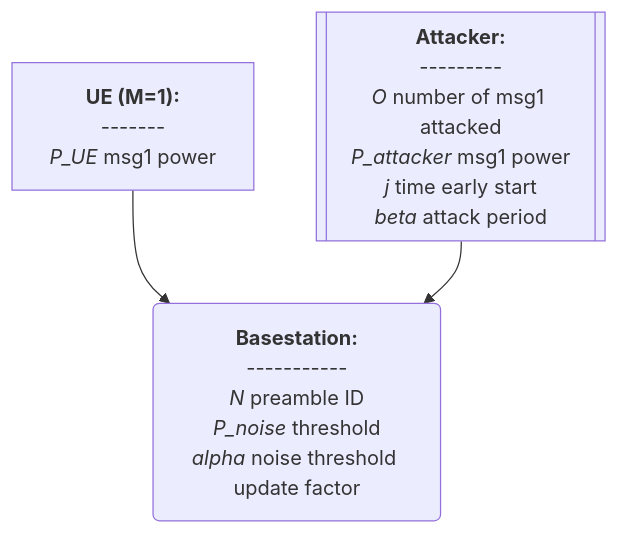
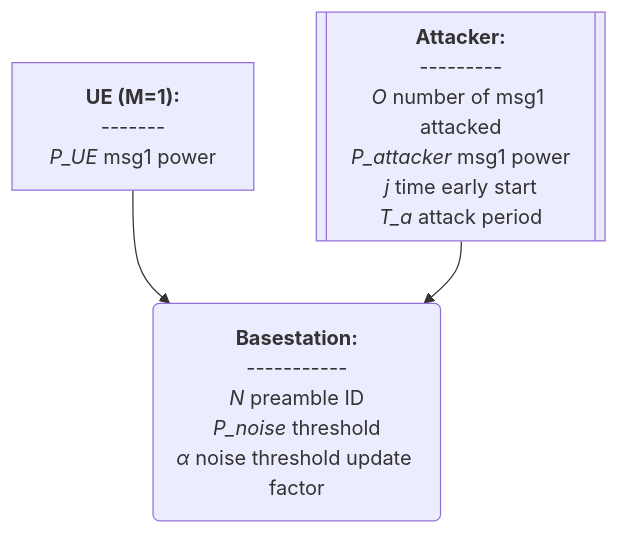
The second of 7 diagrams in docs/20250310 Thesis (Basic Msg1 Model).md (bmw-ece-ntust/wilfrid-prach-attack-analysis), drawn with Mermaid before and after one commit.

Commit message:
Update 20250310 Thesis (Basic Msg1 Model).md

````diff
--- a/docs/20250310 Thesis (Basic Msg1 Model).md
+++ b/docs/20250310 Thesis (Basic Msg1 Model).md
@@ -63,19 +63,19 @@
 ```mermaid
 flowchart TD
     A("`**Basestation:**
     -----------
     *N* preamble ID
     *P_noise* threshold
-    *alpha* noise threshold update factor`")
+    *α* noise threshold update factor`")
     B["`**UE (M=1):**
     -------
     *P_UE* msg1 power`"]
     C[["`**Attacker:**
     ---------
     *O* number of msg1 attacked
     *P_attacker* msg1 power
     *j* time early start
-    *beta* attack period`"]]
+    *T_a* attack period`"]]
     B-->A
     C-->A
 ```
````
